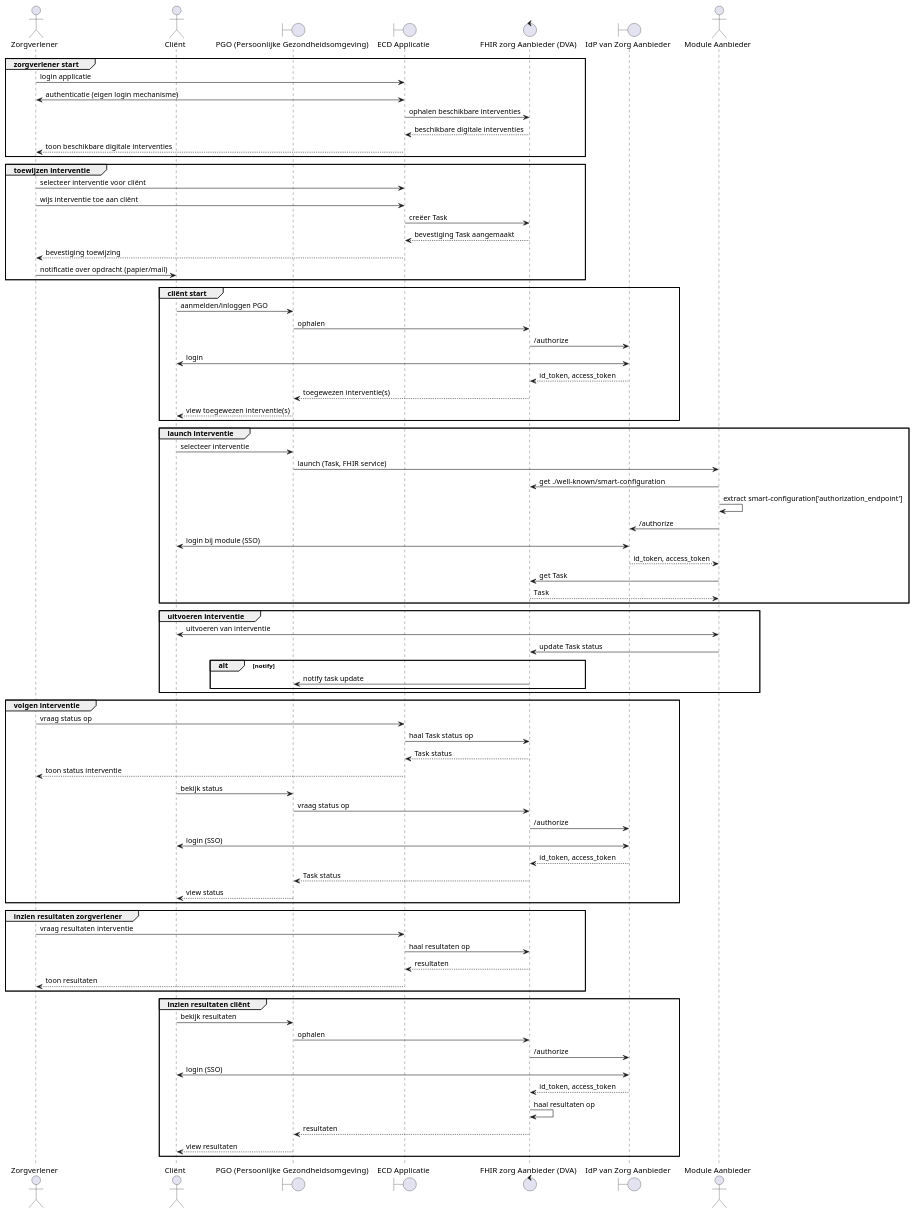
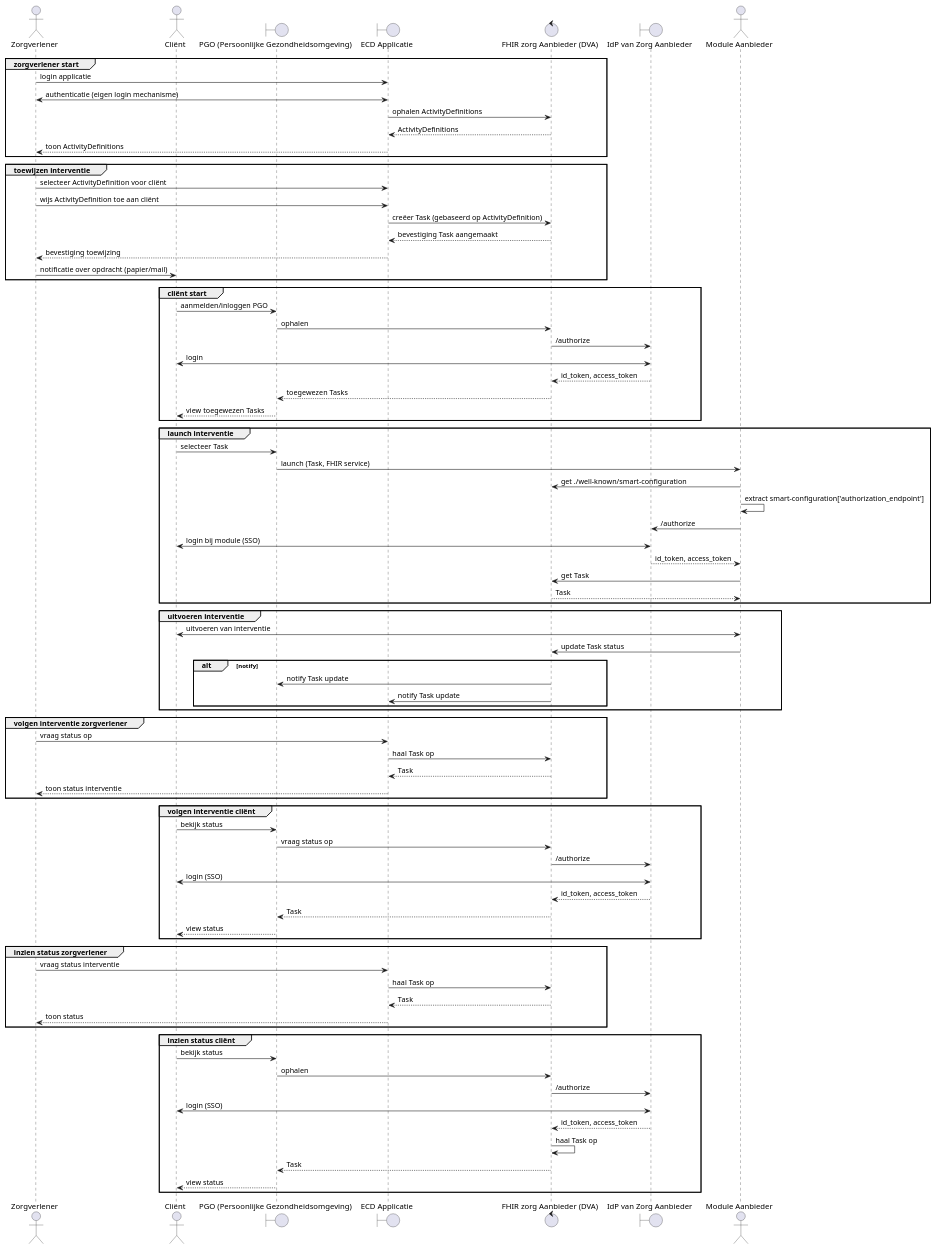
Before and after one commit to KoppelMij/koppelmij-designs: the diagram in designs/use_case_b.puml, drawn with PlantUML.

Commit message:
Update use case diagram to replace interventions with Tasks
Revised terminology in use_case_b.puml by replacing "interventions" with "Tasks" and aligning references with FHIR's ActivityDefinition and Task concepts. This improves consistency and reflects updated domain requirements. Additional adjustments were made to related group labels and processes for clarity.

```diff
--- a/designs/use_case_b.puml
+++ b/designs/use_case_b.puml
@@ -1,90 +1,93 @@
 @startuml
 actor "Zorgverlener" as zv
 actor "Cliënt" as client
 boundary "PGO (Persoonlijke Gezondheidsomgeving)" as pgo
 boundary "ECD Applicatie" as ecd
 control "FHIR zorg Aanbieder (DVA)" as za
 boundary "IdP van Zorg Aanbieder" as idp
 actor "Module Aanbieder" as module
 
 group zorgverlener start
   zv -> ecd: login applicatie
   ecd <-> zv: authenticatie (eigen login mechanisme)
-  ecd -> za: ophalen beschikbare interventies
-  za --> ecd: beschikbare digitale interventies
-  ecd --> zv: toon beschikbare digitale interventies
+  ecd -> za: ophalen ActivityDefinitions
+  za --> ecd: ActivityDefinitions
+  ecd --> zv: toon ActivityDefinitions
 end
 
 group toewijzen interventie
-  zv -> ecd: selecteer interventie voor cliënt
-  zv -> ecd: wijs interventie toe aan cliënt
-  ecd -> za: creëer Task
+  zv -> ecd: selecteer ActivityDefinition voor cliënt
+  zv -> ecd: wijs ActivityDefinition toe aan cliënt
+  ecd -> za: creëer Task (gebaseerd op ActivityDefinition)
   za --> ecd: bevestiging Task aangemaakt
   ecd --> zv: bevestiging toewijzing
   zv -> client: notificatie over opdracht (papier/mail)
 end
 
 group cliënt start
   client -> pgo: aanmelden/inloggen PGO
   pgo -> za: ophalen
   za -> idp: /authorize
   idp <-> client: login
   idp --> za: id_token, access_token
-  za --> pgo: toegewezen interventie(s)
-  pgo --> client: view toegewezen interventie(s)
+  za --> pgo: toegewezen Tasks
+  pgo --> client: view toegewezen Tasks
 end
 
 group launch interventie
-  client -> pgo: selecteer interventie
+  client -> pgo: selecteer Task
   pgo -> module: launch (Task, FHIR service)
   module -> za: get ./well-known/smart-configuration
   module -> module: extract smart-configuration['authorization_endpoint']
   module -> idp: /authorize
   idp <-> client: login bij module (SSO)
   idp --> module: id_token, access_token
   module -> za: get Task
   za --> module: Task
 end
 
 group uitvoeren interventie
   module <-> client: uitvoeren van interventie
   module -> za: update Task status
 
   alt notify
-    za -> pgo: notify task update
+    za -> pgo: notify Task update
+    za -> ecd: notify Task update
   end
 end
 
-group volgen interventie
+group volgen interventie zorgverlener
   zv -> ecd: vraag status op
-  ecd -> za: haal Task status op
-  za --> ecd: Task status
+  ecd -> za: haal Task op
+  za --> ecd: Task
   ecd --> zv: toon status interventie
+end
 
+group volgen interventie cliënt
   client -> pgo: bekijk status
   pgo -> za: vraag status op
   za -> idp: /authorize
   idp <-> client: login (SSO)
   idp --> za: id_token, access_token
-  za --> pgo: Task status
+  za --> pgo: Task
   pgo --> client: view status
 end
 
-group inzien resultaten zorgverlener
-  zv -> ecd: vraag resultaten interventie
-  ecd -> za: haal resultaten op
-  za --> ecd: resultaten
-  ecd --> zv: toon resultaten
+group inzien status zorgverlener
+  zv -> ecd: vraag status interventie
+  ecd -> za: haal Task op
+  za --> ecd: Task
+  ecd --> zv: toon status
 end
 
-group inzien resultaten cliënt
-  client -> pgo: bekijk resultaten
+group inzien status cliënt
+  client -> pgo: bekijk status
   pgo -> za: ophalen
   za -> idp: /authorize
   idp <-> client: login (SSO)
   idp --> za: id_token, access_token
-  za -> za: haal resultaten op
-  za --> pgo: resultaten
-  pgo --> client: view resultaten
+  za -> za: haal Task op
+  za --> pgo: Task
+  pgo --> client: view status
 end
 @enduml
```
